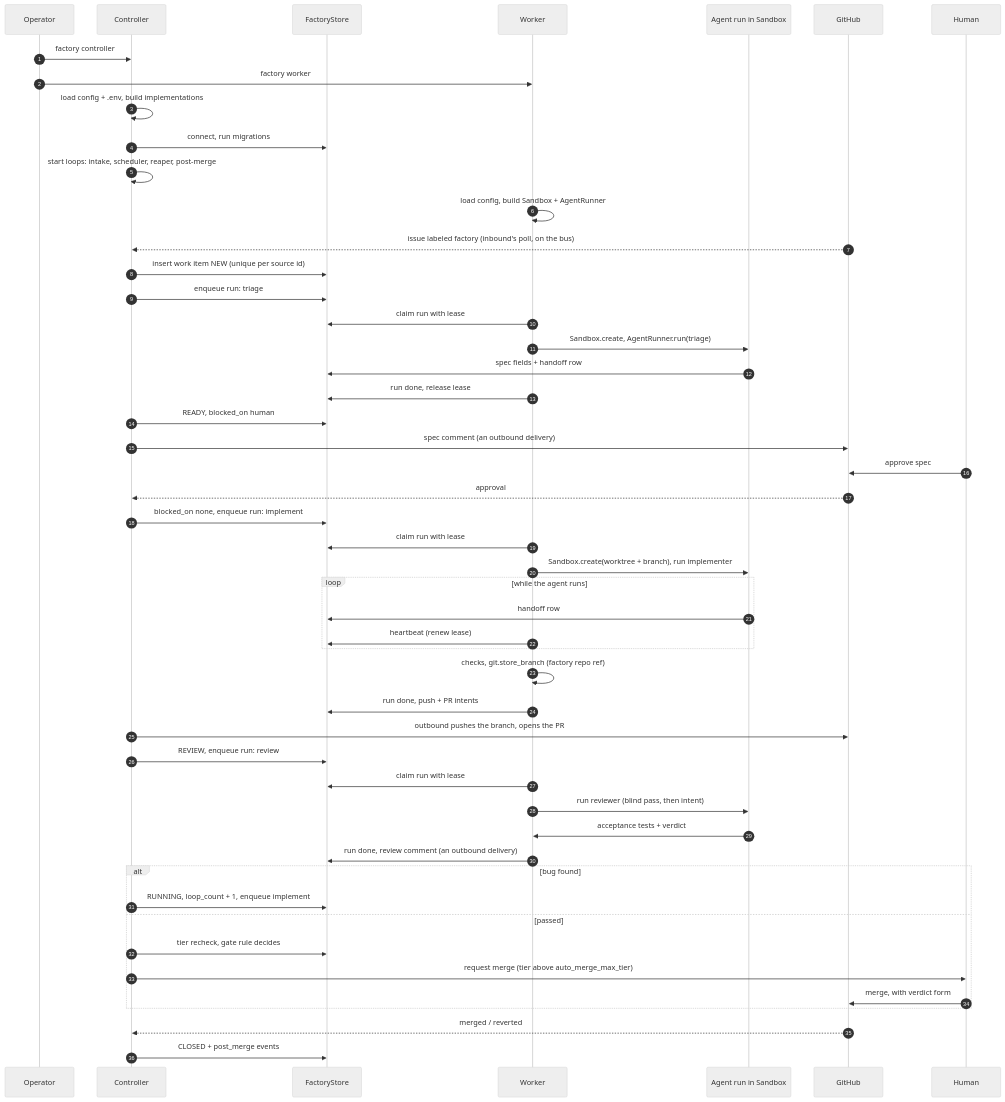
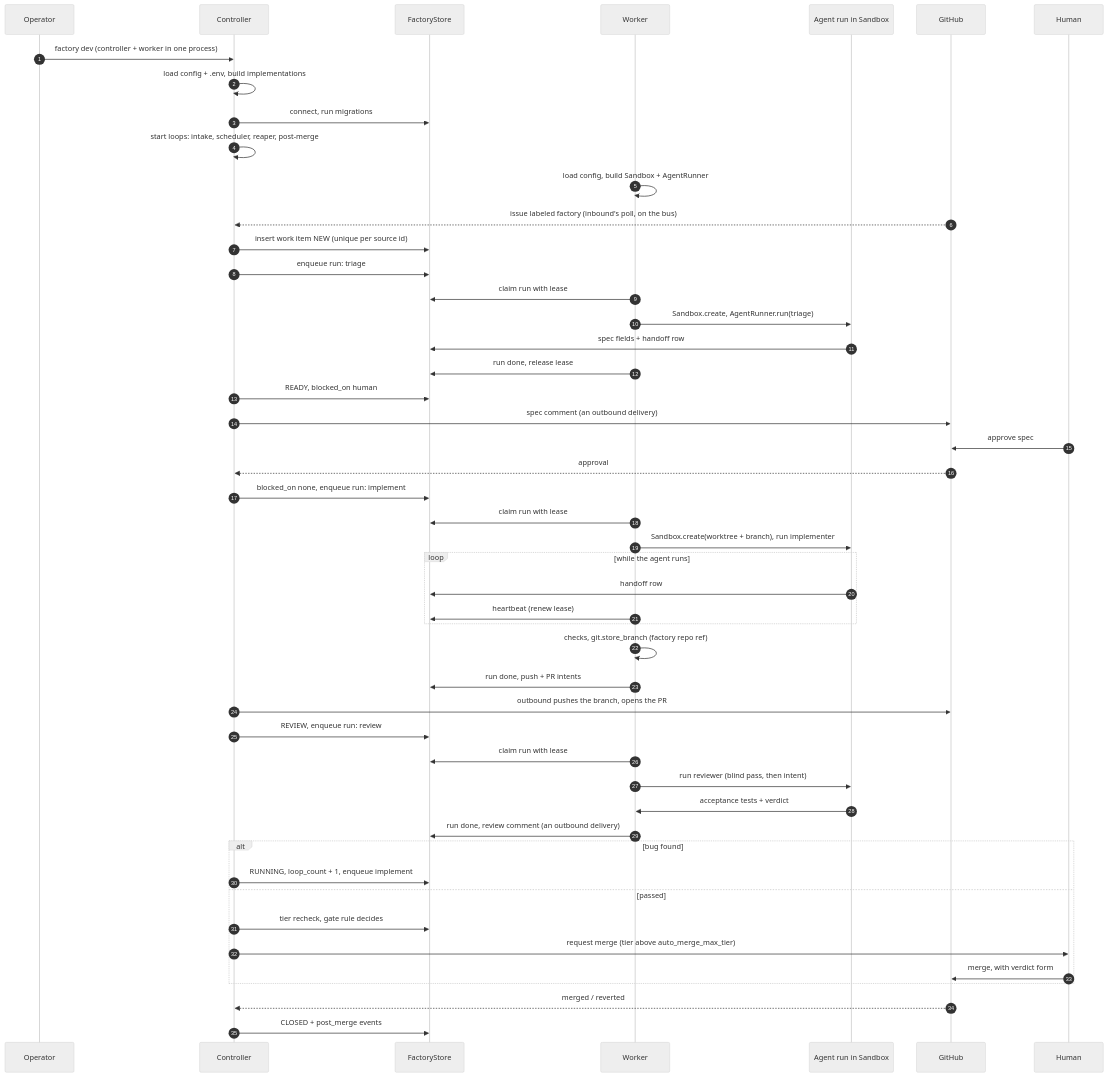
One commit to seonWKim/software-factory changed the second of 6 diagrams in docs/architecture.md. Above: the diagram before and after it, drawn with Mermaid (neutral theme). The commit also changed 18 other files, not shown here.

First line of the commit message:
Remove the issue, controller and worker commands; runLoops always runs both loops

````diff
--- a/docs/architecture.md
+++ b/docs/architecture.md
@@ -98,56 +98,55 @@
 ```mermaid
 sequenceDiagram
   autonumber
   participant OP as Operator
   participant C as Controller
   participant ST as FactoryStore
   participant W as Worker
   participant AG as Agent run in Sandbox
   participant GH as GitHub
   participant H as Human
 
-  OP->>C: factory controller
-  OP->>W: factory worker
+  OP->>C: factory dev (controller + worker in one process)
   C->>C: load config + .env, build implementations
   C->>ST: connect, run migrations
   C->>C: start loops: intake, scheduler, reaper, post-merge
   W->>W: load config, build Sandbox + AgentRunner
 
   GH-->>C: issue labeled factory (inbound's poll, on the bus)
   C->>ST: insert work item NEW (unique per source id)
   C->>ST: enqueue run: triage
   W->>ST: claim run with lease
   W->>AG: Sandbox.create, AgentRunner.run(triage)
   AG->>ST: spec fields + handoff row
   W->>ST: run done, release lease
   C->>ST: READY, blocked_on human
   C->>GH: spec comment (an outbound delivery)
   H->>GH: approve spec
   GH-->>C: approval
   C->>ST: blocked_on none, enqueue run: implement
 
   W->>ST: claim run with lease
   W->>AG: Sandbox.create(worktree + branch), run implementer
   loop while the agent runs
     AG->>ST: handoff row
     W->>ST: heartbeat (renew lease)
   end
   W->>W: checks, git.store_branch (factory repo ref)
   W->>ST: run done, push + PR intents
   C->>GH: outbound pushes the branch, opens the PR
   C->>ST: REVIEW, enqueue run: review
 
   W->>ST: claim run with lease
   W->>AG: run reviewer (blind pass, then intent)
   AG->>W: acceptance tests + verdict
   W->>ST: run done, review comment (an outbound delivery)
   alt bug found
     C->>ST: RUNNING, loop_count + 1, enqueue implement
   else passed
     C->>ST: tier recheck, gate rule decides
     C->>H: request merge (tier above auto_merge_max_tier)
     H->>GH: merge, with verdict form
   end
   GH-->>C: merged / reverted
   C->>ST: CLOSED + post_merge events
 ```
````
